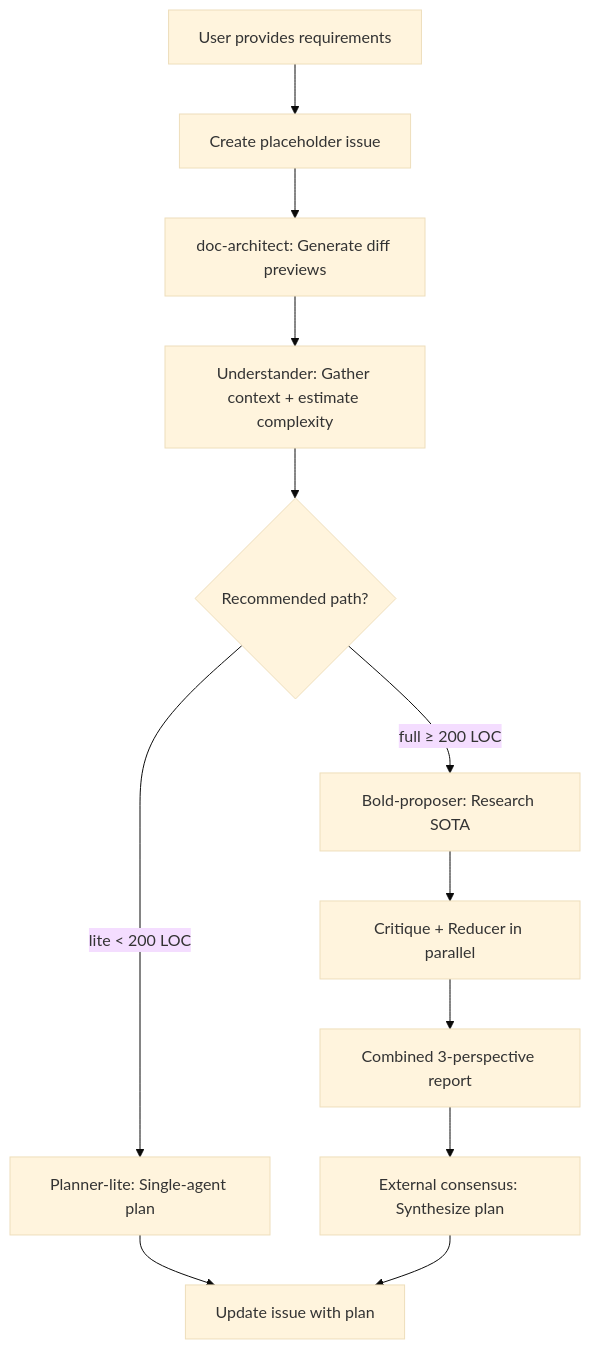
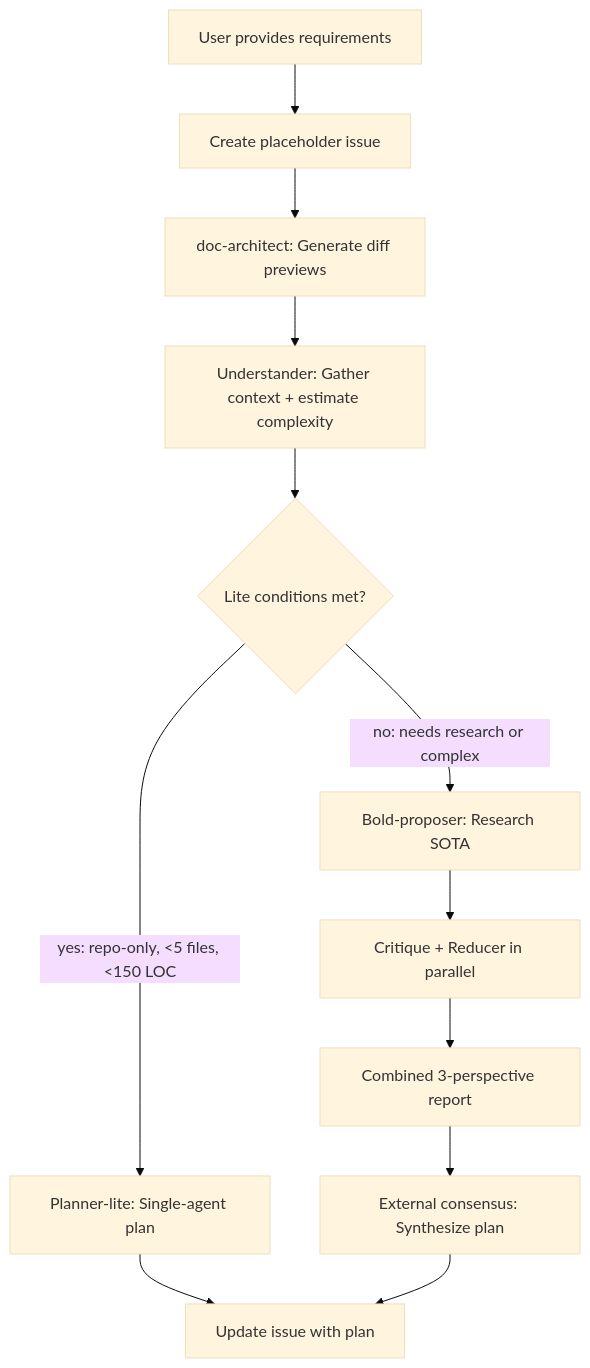
One commit to Synthesys-Lab/agentize changed the second of 2 diagrams in docs/feat/core/ultra-planner.md. Above: the diagram before and after it, drawn with Mermaid (base theme). The commit also changed other lines of this file and 6 other files, not shown here.

First line of the commit message:
[fix][agent.workflow] Update lite path conditions: repo-only, <5 files, <150 LOC

````diff
--- a/docs/feat/core/ultra-planner.md
+++ b/docs/feat/core/ultra-planner.md
@@ -57,14 +60,14 @@
 ```mermaid
 graph TD
     A[User provides requirements] --> B[Create placeholder issue]
     B --> B2[doc-architect: Generate diff previews]
     B2 --> U[Understander: Gather context + estimate complexity]
-    U --> R{Recommended path?}
-    R -->|lite < 200 LOC| L[Planner-lite: Single-agent plan]
-    R -->|full ≥ 200 LOC| C[Bold-proposer: Research SOTA]
+    U --> R{Lite conditions met?}
+    R -->|yes: repo-only, <5 files, <150 LOC| L[Planner-lite: Single-agent plan]
+    R -->|no: needs research or complex| C[Bold-proposer: Research SOTA]
     C --> D[Critique + Reducer in parallel]
     D --> F[Combined 3-perspective report]
     L --> H[Update issue with plan]
     F --> G[External consensus: Synthesize plan]
     G --> H
 ```
````
